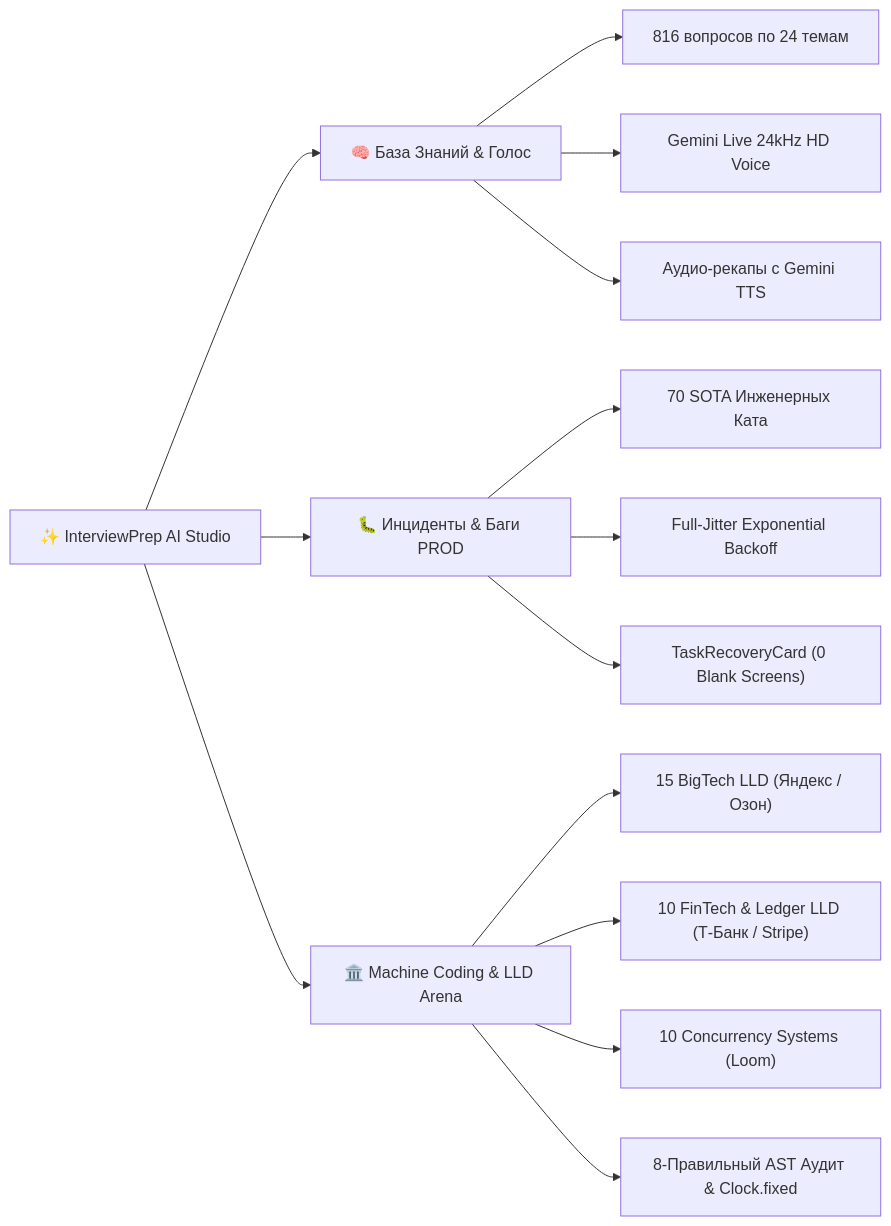
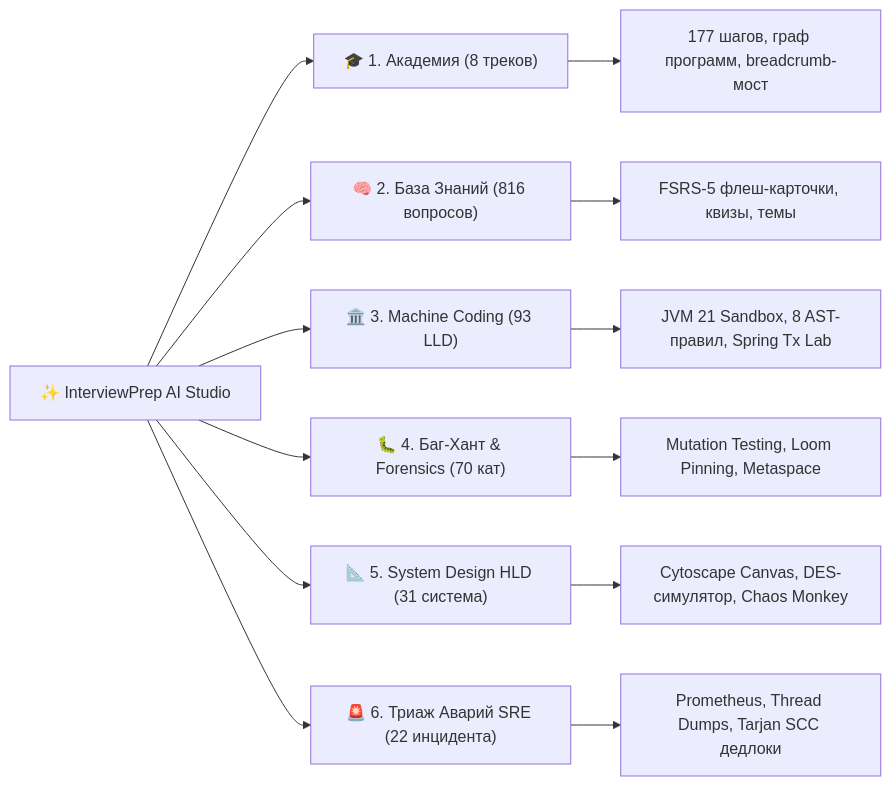
Before and after one commit to iliaIz/interview_tutor: the diagram in README.md, drawn with Mermaid. The commit also changed other lines of this file and 2 other files, not shown here.

Commit message:
docs(architecture): establish SOTA Functional Map, navigation guide, and update root README

````diff
--- a/README.md
+++ b/README.md
@@ -14,19 +11,16 @@
 ```mermaid
 graph LR
-    Studio["✨ InterviewPrep AI Studio"] --> M1["🧠 База Знаний & Голос"]
-    Studio --> M2["🐛 Инциденты & Баги PROD"]
-    Studio --> M3["🏛️ Machine Coding & LLD Arena"]
+    Studio["✨ InterviewPrep AI Studio"] --> M1["🎓 1. Академия (8 треков)"]
+    Studio --> M2["🧠 2. База Знаний (816 вопросов)"]
+    Studio --> M3["🏛️ 3. Machine Coding (93 LLD)"]
+    Studio --> M4["🐛 4. Баг-Хант & Forensics (70 кат)"]
+    Studio --> M5["📐 5. System Design HLD (31 система)"]
+    Studio --> M6["🚨 6. Триаж Аварий SRE (22 инцидента)"]
 
-    M1 --> V1["816 вопросов по 24 темам"]
-    M1 --> V2["Gemini Live 24kHz HD Voice"]
-    M1 --> V3["Аудио-рекапы с Gemini TTS"]
-
-    M2 --> I1["70 SOTA Инженерных Ката"]
-    M2 --> I2["Full-Jitter Exponential Backoff"]
-    M2 --> I3["TaskRecoveryCard (0 Blank Screens)"]
-
-    M3 --> C1["15 BigTech LLD (Яндекс / Озон)"]
-    M3 --> C2["10 FinTech & Ledger LLD (Т-Банк / Stripe)"]
-    M3 --> C3["10 Concurrency Systems (Loom)"]
-    M3 --> C4["8-Правильный AST Аудит & Clock.fixed"]
+    M1 --> V1["177 шагов, граф программ, breadcrumb-мост"]
+    M2 --> V2["FSRS-5 флеш-карточки, квизы, темы"]
+    M3 --> V3["JVM 21 Sandbox, 8 AST-правил, Spring Tx Lab"]
+    M4 --> V4["Mutation Testing, Loom Pinning, Metaspace"]
+    M5 --> V5["Cytoscape Canvas, DES-симулятор, Chaos Monkey"]
+    M6 --> V6["Prometheus, Thread Dumps, Tarjan SCC дедлоки"]
 ```
````
